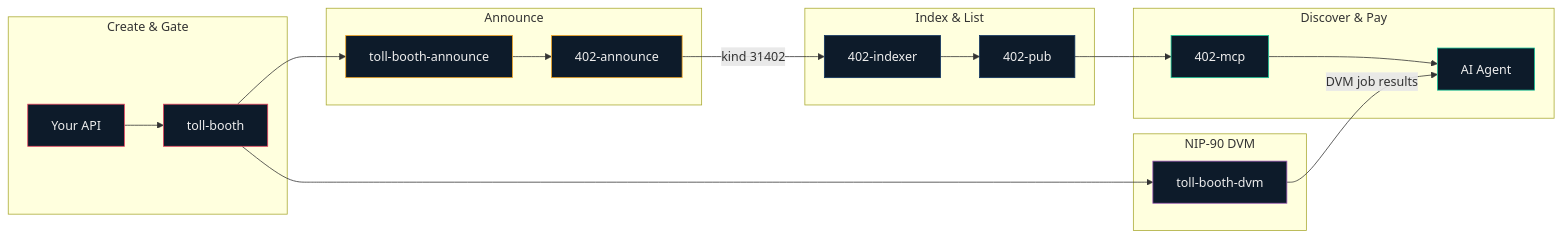
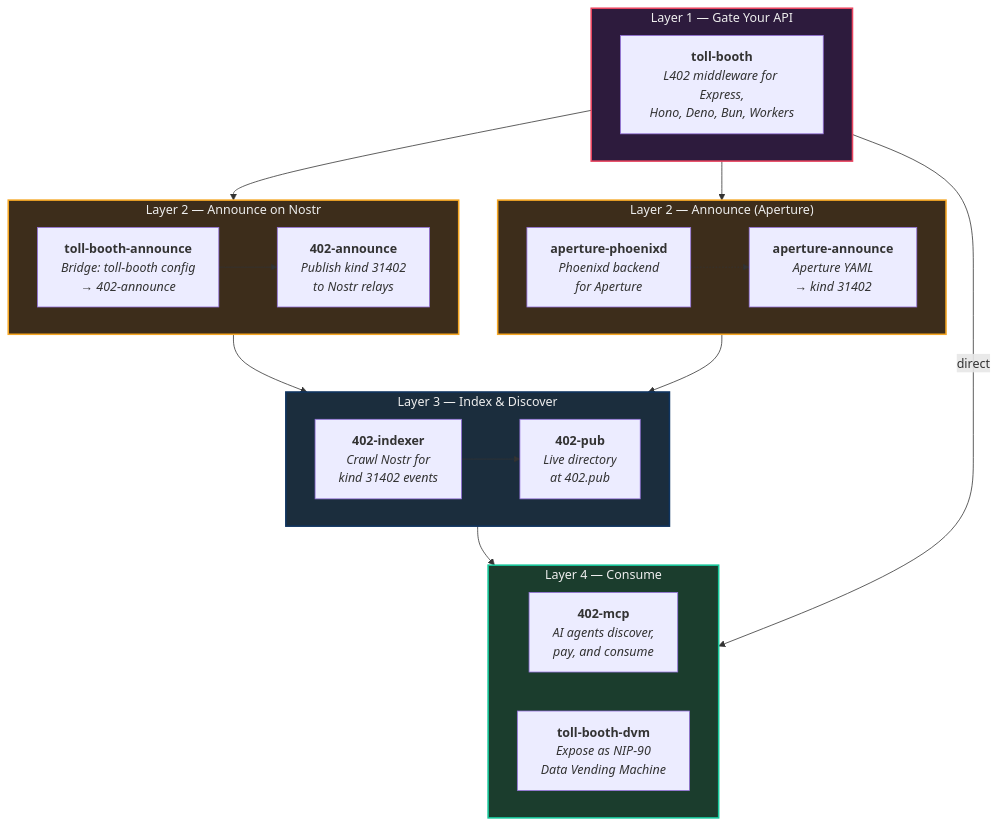
Before and after one commit to forgesworn/.github: the diagram in docs/l402-pipeline.md, drawn with Mermaid. The commit also changed other lines of this file and 2 other files, not shown here.

Commit message:
docs: redesign diagrams with chunky C4-style layered approach

````diff
--- a/docs/l402-pipeline.md
+++ b/docs/l402-pipeline.md
@@ -5,47 +7,47 @@
 ```mermaid
-graph LR
-    subgraph create["Create & Gate"]
-        api["Your API"]
-        tb["toll-booth"]
-        api --> tb
+graph TB
+    subgraph layer1["Layer 1 — Gate Your API"]
+        direction LR
+        TB["<b>toll-booth</b><br/><i>L402 middleware for Express,<br/>Hono, Deno, Bun, Workers</i>"]
     end
 
-    subgraph announce["Announce"]
-        tba["toll-booth-announce"]
-        ann["402-announce"]
-        tb --> tba
-        tba --> ann
+    subgraph layer2["Layer 2 — Announce on Nostr"]
+        direction LR
+        TBA["<b>toll-booth-announce</b><br/><i>Bridge: toll-booth config<br/>→ 402-announce</i>"]
+        ANN["<b>402-announce</b><br/><i>Publish kind 31402<br/>to Nostr relays</i>"]
+        TBA --> ANN
     end
 
-    subgraph index["Index & List"]
-        idx["402-indexer"]
-        pub["402-pub"]
-        ann -->|kind 31402| idx
-        idx --> pub
+    subgraph layer2alt["Layer 2 — Announce (Aperture)"]
+        direction LR
+        APXPH["<b>aperture-phoenixd</b><br/><i>Phoenixd backend<br/>for Aperture</i>"]
+        APX["<b>aperture-announce</b><br/><i>Aperture YAML<br/>→ kind 31402</i>"]
+        APXPH -.-> APX
     end
 
-    subgraph consume["Discover & Pay"]
-        mcp["402-mcp"]
-        agent["AI Agent"]
-        pub --> mcp
-        mcp --> agent
+    subgraph layer3["Layer 3 — Index & Discover"]
+        direction LR
+        IDX["<b>402-indexer</b><br/><i>Crawl Nostr for<br/>kind 31402 events</i>"]
+        PUB["<b>402-pub</b><br/><i>Live directory<br/>at 402.pub</i>"]
+        IDX --> PUB
     end
 
-    subgraph dvm["NIP-90 DVM"]
-        tbdvm["toll-booth-dvm"]
-        tb --> tbdvm
-        tbdvm -->|"DVM job results"| agent
+    subgraph layer4["Layer 4 — Consume"]
+        direction LR
+        MCP["<b>402-mcp</b><br/><i>AI agents discover,<br/>pay, and consume</i>"]
+        DVM["<b>toll-booth-dvm</b><br/><i>Expose as NIP-90<br/>Data Vending Machine</i>"]
     end
 
-    classDef create fill:#0d1b2a,stroke:#e94560,color:#eee
-    classDef announce fill:#0d1b2a,stroke:#f5a623,color:#eee
-    classDef index fill:#0d1b2a,stroke:#0f3460,color:#eee
-    classDef consume fill:#0d1b2a,stroke:#16c79a,color:#eee
-    classDef dvm fill:#0d1b2a,stroke:#9b59b6,color:#eee
+    layer1 --> layer2
+    layer1 --> layer2alt
+    layer2 --> layer3
+    layer2alt --> layer3
+    layer3 --> layer4
+    layer1 -->|"direct"| layer4
 
-    class api,tb create
-    class tba,ann announce
-    class idx,pub index
-    class mcp,agent consume
-    class tbdvm dvm
+    style layer1 fill:#2d1b3d,stroke:#e94560,color:#eee,stroke-width:2px
+    style layer2 fill:#3d2d1b,stroke:#f5a623,color:#eee,stroke-width:2px
+    style layer2alt fill:#3d2d1b,stroke:#f5a623,color:#eee,stroke-width:2px
+    style layer3 fill:#1b2d3d,stroke:#0f3460,color:#eee,stroke-width:2px
+    style layer4 fill:#1b3d2d,stroke:#16c79a,color:#eee,stroke-width:2px
 ```
````
